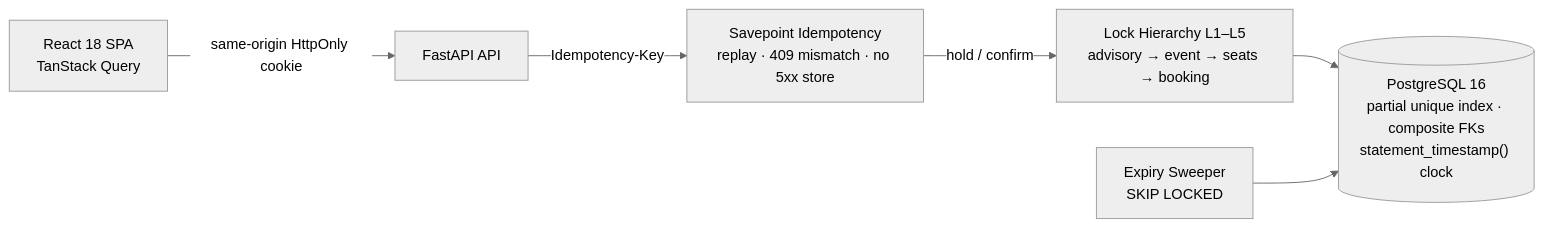
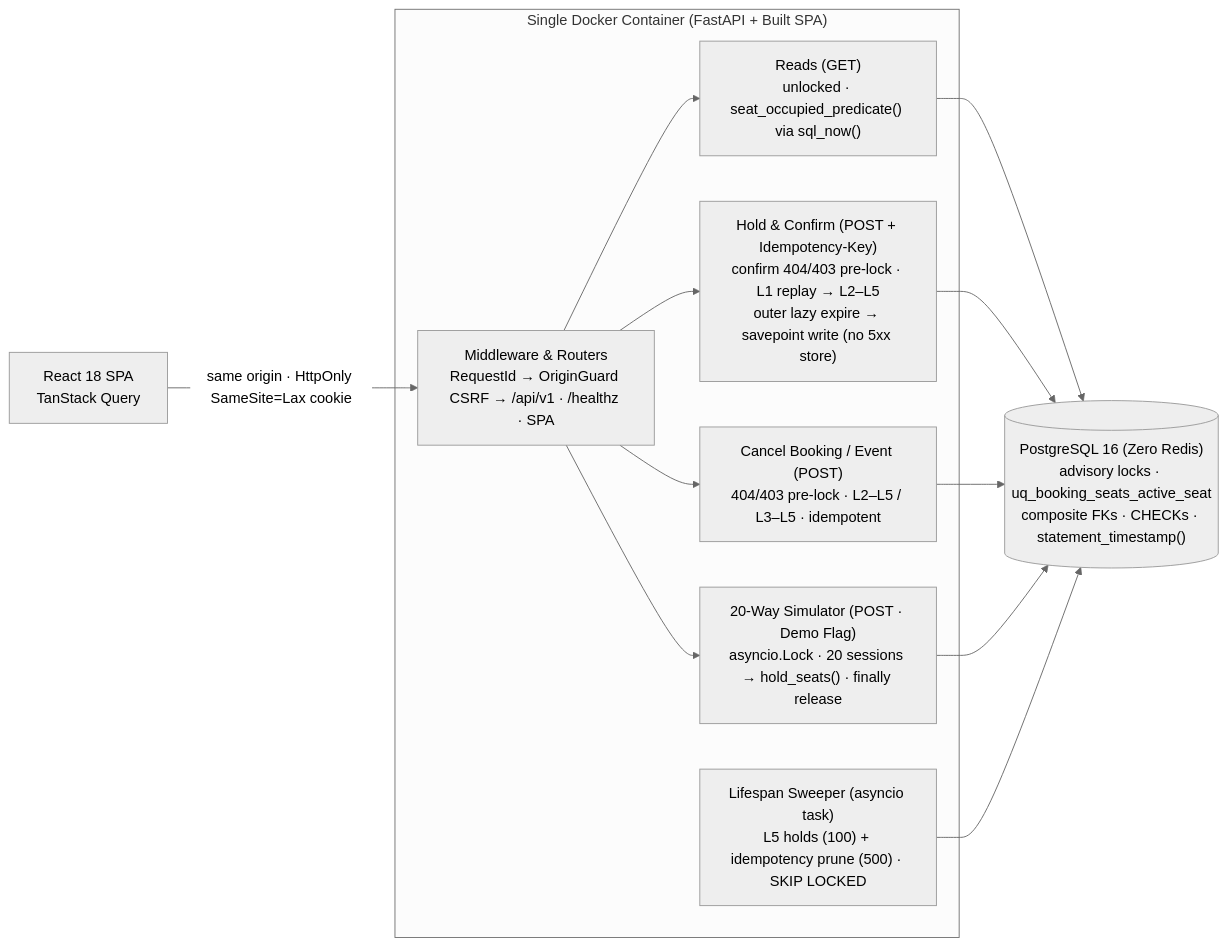
Before and after one commit to sooryasv/eventseat: the diagram in README.md, drawn with Mermaid (neutral theme). The commit also changed other lines of this file and 3 other files, not shown here.

Commit message:
docs: align architecture diagram, lock table, runbook, and verification walkthrough with code

````diff
--- a/README.md
+++ b/README.md
@@ -30,8 +30,24 @@
 ```mermaid
 flowchart LR
-  UI["React 18 SPA<br/>TanStack Query"] -->|same-origin HttpOnly cookie| API["FastAPI API"]
-  API -->|Idempotency-Key| IDEM["Savepoint Idempotency<br/>replay · 409 mismatch · no 5xx store"]
-  IDEM -->|hold / confirm| LOCK["Lock Hierarchy L1–L5<br/>advisory → event → seats → booking"]
-  LOCK --> PG[("PostgreSQL 16<br/>partial unique index · composite FKs<br/>statement_timestamp() clock")]
-  SWEEP["Expiry Sweeper<br/>SKIP LOCKED"] --> PG
+  UI["React 18 SPA<br/>TanStack Query"] -->|"same origin · HttpOnly SameSite=Lax cookie"| MW
+
+  subgraph APP["Single Docker Container (FastAPI + Built SPA)"]
+    MW["Middleware & Routers<br/>RequestId → OriginGuard CSRF → /api/v1 · /healthz · SPA"]
+    READ["Reads (GET)<br/>unlocked · seat_occupied_predicate() via sql_now()"]
+    HC["Hold & Confirm (POST + Idempotency-Key)<br/>confirm 404/403 pre-lock · L1 replay → L2–L5<br/>outer lazy expire → savepoint write (no 5xx store)"]
+    CANCEL["Cancel Booking / Event (POST)<br/>404/403 pre-lock · L2–L5 / L3–L5 · idempotent"]
+    SIM["20-Way Simulator (POST · Demo Flag)<br/>asyncio.Lock · 20 sessions → hold_seats() · finally release"]
+    SWEEP["Lifespan Sweeper (asyncio task)<br/>L5 holds (100) + idempotency prune (500) · SKIP LOCKED"]
+
+    MW --> READ
+    MW --> HC
+    MW --> CANCEL
+    MW --> SIM
+  end
+
+  READ --> PG[("PostgreSQL 16 (Zero Redis)<br/>advisory locks · uq_booking_seats_active_seat<br/>composite FKs · CHECKs · statement_timestamp()")]
+  HC --> PG
+  CANCEL --> PG
+  SIM --> PG
+  SWEEP --> PG
 ```
````
